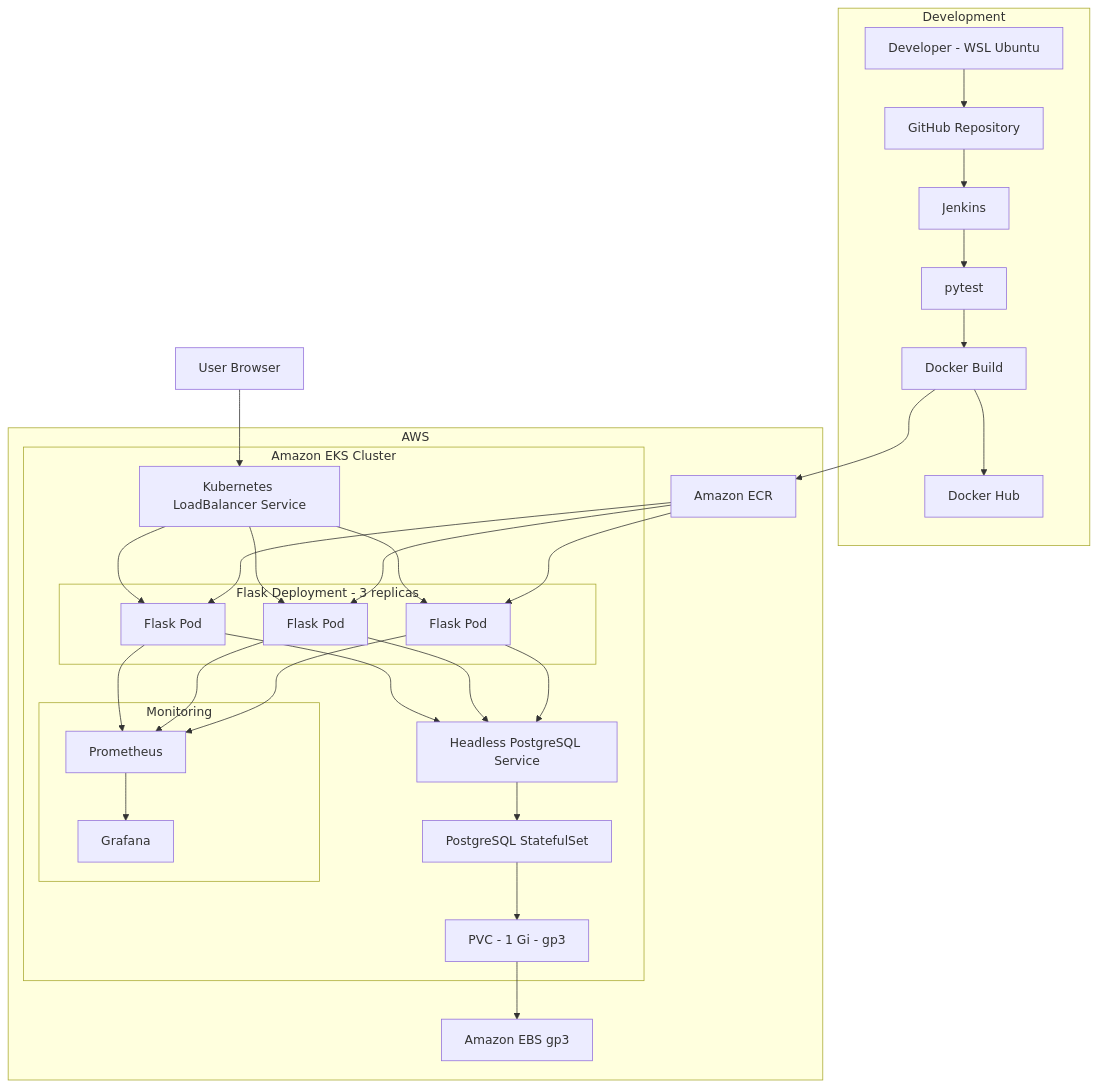
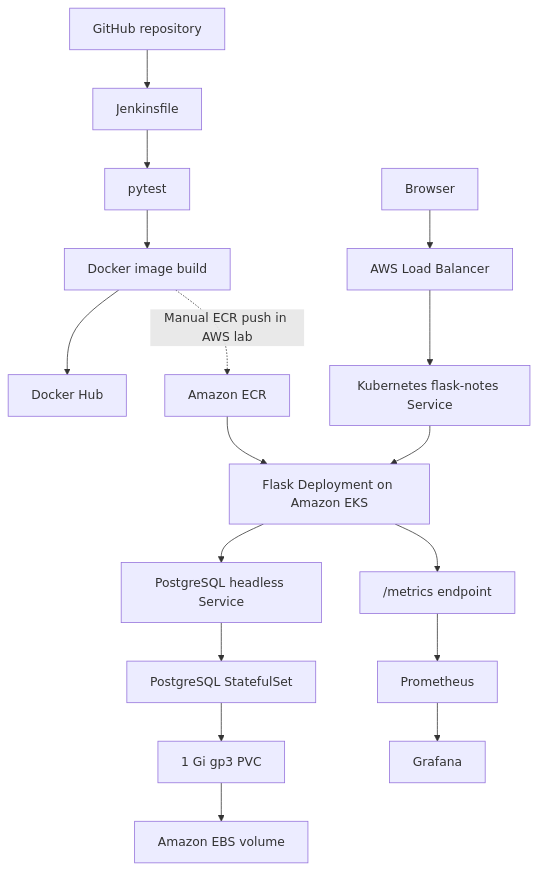
One commit to iam-vinod7/cloudcart-devops changed the diagram in docs/architecture.md. Above: the diagram before and after it, drawn with Mermaid. The commit also changed other lines of this file, not shown here.

Commit message:
Document accurate architecture and reproducibility boundaries

````diff
--- a/docs/architecture.md
+++ b/docs/architecture.md
@@ -9,63 +9,22 @@
 ```mermaid
 flowchart TB
-    subgraph Development
-        DEV[Developer - WSL Ubuntu]
-        GH[GitHub Repository]
-        JENKINS[Jenkins]
-        TEST[pytest]
-        DOCKER[Docker Build]
-        HUB[Docker Hub]
-    end
+    GH["GitHub repository"] --> CI["Jenkinsfile"]
+    CI --> TEST["pytest"]
+    TEST --> BUILD["Docker image build"]
+    BUILD --> HUB["Docker Hub"]
 
-    subgraph AWS
-        ECR[Amazon ECR]
+    BUILD -. "Manual ECR push in AWS lab" .-> ECR["Amazon ECR"]
+    ECR --> FLASK["Flask Deployment on Amazon EKS"]
 
-        subgraph EKS[Amazon EKS Cluster]
-            LB[Kubernetes LoadBalancer Service]
+    WEB["Browser"] --> ELB["AWS Load Balancer"]
+    ELB --> SVC["Kubernetes flask-notes Service"]
+    SVC --> FLASK
+    FLASK --> DBSVC["PostgreSQL headless Service"]
+    DBSVC --> PG["PostgreSQL StatefulSet"]
+    PG --> CLAIM["1 Gi gp3 PVC"]
+    CLAIM --> VOLUME["Amazon EBS volume"]
 
-            subgraph App[Flask Deployment - 3 replicas]
-                P1[Flask Pod]
-                P2[Flask Pod]
-                P3[Flask Pod]
-            end
-
-            PGSVC[Headless PostgreSQL Service]
-            PG[PostgreSQL StatefulSet]
-            PVC[PVC - 1 Gi - gp3]
-
-            subgraph Monitoring
-                PROM[Prometheus]
-                GRAF[Grafana]
-            end
-        end
-
-        EBS[Amazon EBS gp3]
-    end
-
-    USER[User Browser] --> LB
-    DEV --> GH
-    GH --> JENKINS
-    JENKINS --> TEST
-    TEST --> DOCKER
-    DOCKER --> HUB
-    DOCKER --> ECR
-    ECR --> P1
-    ECR --> P2
-    ECR --> P3
-
-    LB --> P1
-    LB --> P2
-    LB --> P3
-
-    P1 --> PGSVC
-    P2 --> PGSVC
-    P3 --> PGSVC
-    PGSVC --> PG
-    PG --> PVC
-    PVC --> EBS
-
-    P1 --> PROM
-    P2 --> PROM
-    P3 --> PROM
-    PROM --> GRAF
+    FLASK --> METRIC["/metrics endpoint"]
+    METRIC --> PROM["Prometheus"]
+    PROM --> GRAF["Grafana"]
 ```
````
